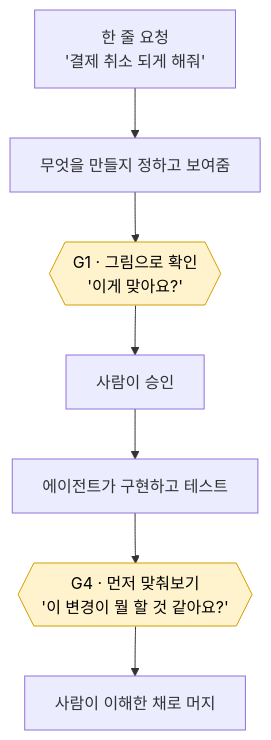
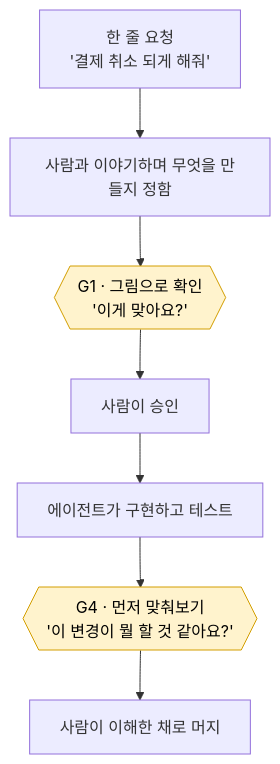
One commit to syjkim0125/ai-workflow-kit changed the first of 2 diagrams in README.md. Above: the diagram before and after it, drawn with Mermaid. The commit also changed other lines of this file and 3 other files, not shown here.

Commit message:
docs: add the full-flow layer to README and rewrite README-FIRST for plugin install

````diff
--- a/README.md
+++ b/README.md
@@ -7,12 +7,12 @@
 ```mermaid
 flowchart TD
-    A["한 줄 요청<br/>'결제 취소 되게 해줘'"] --> B["무엇을 만들지 정하고 보여줌"]
+    A["한 줄 요청<br/>'결제 취소 되게 해줘'"] --> B["사람과 이야기하며 무엇을 만들지 정함"]
     B --> G1{{"G1 · 그림으로 확인<br/>'이게 맞아요?'"}}
     G1 --> C["사람이 승인"]
     C --> D["에이전트가 구현하고 테스트"]
     D --> G4{{"G4 · 먼저 맞춰보기<br/>'이 변경이 뭘 할 것 같아요?'"}}
     G4 --> E["사람이 이해한 채로 머지"]
 
     style G1 fill:#fff3cd,stroke:#d39e00,color:#000
     style G4 fill:#fff3cd,stroke:#d39e00,color:#000
 ```
````
